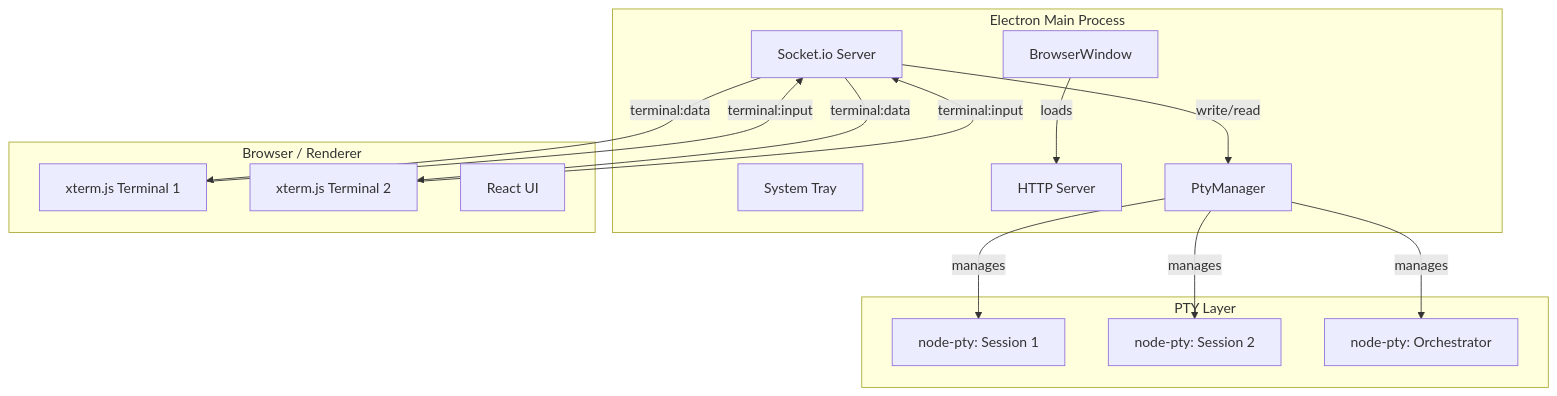
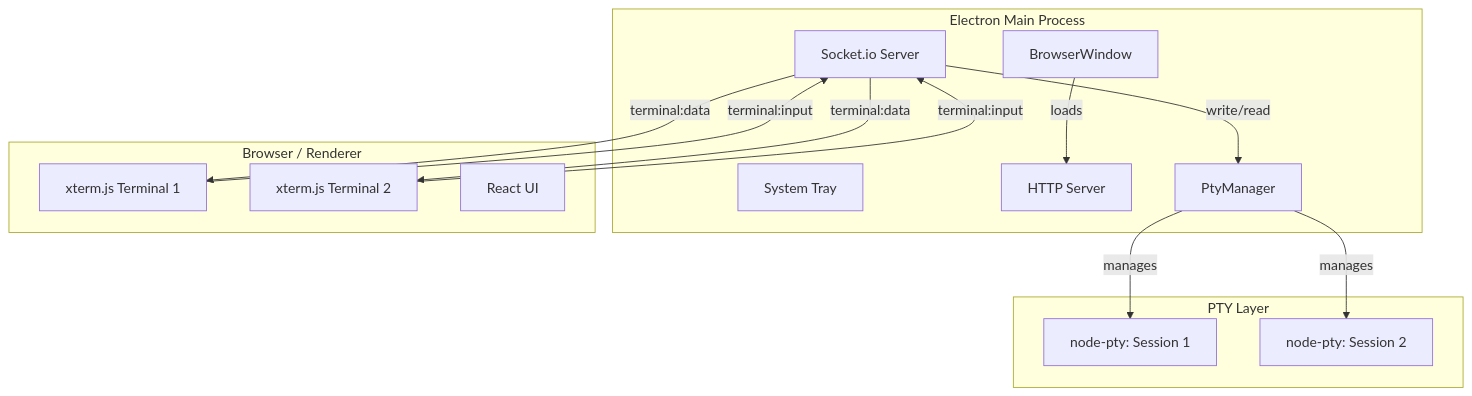
Before and after one commit to Nahom-Kefelegne/AgentMatrix: the first of 7 diagrams in docs/design/electron-pty.md, drawn with Mermaid. The commit also changed other lines of this file and 69 other files, not shown here.

````diff
--- a/docs/design/electron-pty.md
+++ b/docs/design/electron-pty.md
@@ -39,32 +41,30 @@
 ```mermaid
 graph TB
     subgraph Electron Main Process
         MW[BrowserWindow]
         TR[System Tray]
         HTTP[HTTP Server]
         SIO[Socket.io Server]
         PM[PtyManager]
     end
 
     subgraph PTY Layer
         PTY1[node-pty: Session 1]
         PTY2[node-pty: Session 2]
-        PTYO[node-pty: Orchestrator]
     end
 
     subgraph Browser / Renderer
         XT1[xterm.js Terminal 1]
         XT2[xterm.js Terminal 2]
         UI[React UI]
     end
 
     MW -->|loads| HTTP
     SIO -->|terminal:data| XT1
     SIO -->|terminal:data| XT2
     XT1 -->|terminal:input| SIO
     XT2 -->|terminal:input| SIO
     SIO -->|write/read| PM
     PM -->|manages| PTY1
     PM -->|manages| PTY2
-    PM -->|manages| PTYO
 ```
````
